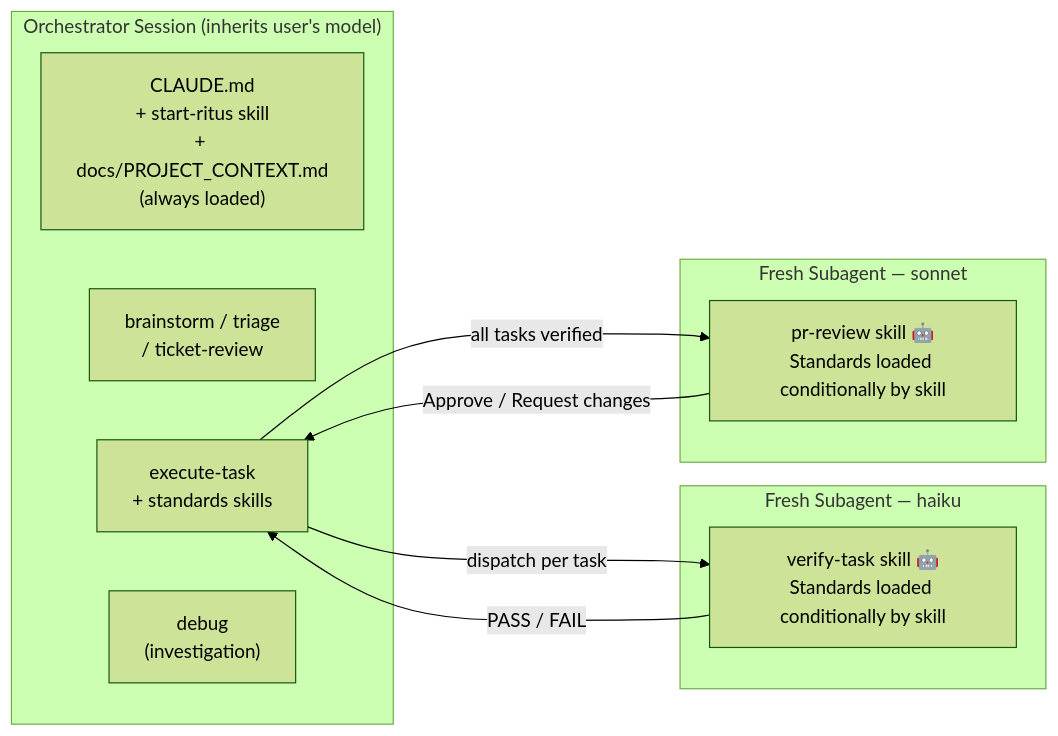
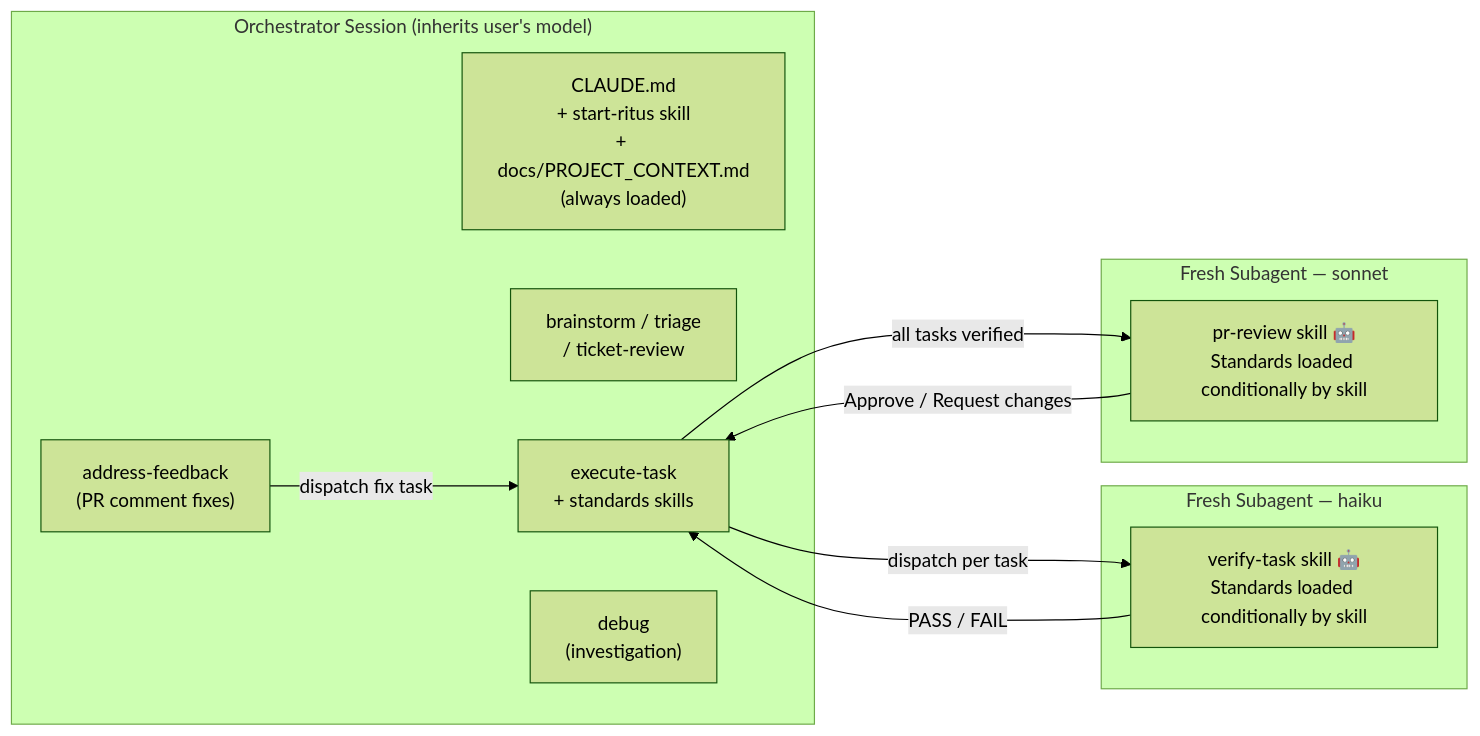
One commit to precise-alloy/ritus changed the fifth of 7 diagrams in docs/WORKFLOW_DIAGRAMS.md. Above: the diagram before and after it, drawn with Mermaid (forest theme). The commit also changed other lines of this file and 15 other files, not shown here.

````diff
--- a/docs/WORKFLOW_DIAGRAMS.md
+++ b/docs/WORKFLOW_DIAGRAMS.md
@@ -159,22 +172,24 @@
 ```mermaid
 flowchart LR
     subgraph "Orchestrator Session (inherits user's model)"
         A["CLAUDE.md\n+ start-ritus skill\n+ docs/PROJECT_CONTEXT.md\n(always loaded)"]
         B["brainstorm / triage\n/ ticket-review"]
         C["execute-task\n+ standards skills"]
         D["debug\n(investigation)"]
+        E["address-feedback\n(PR comment fixes)"]
     end
 
     subgraph "Fresh Subagent — haiku"
         V["verify-task skill 🤖\nStandards loaded conditionally by skill"]
     end
 
     subgraph "Fresh Subagent — sonnet"
         R["pr-review skill 🤖\nStandards loaded conditionally by skill"]
     end
 
     C -- "dispatch per task" --> V
     V -- "PASS / FAIL" --> C
     C -- "all tasks verified" --> R
     R -- "Approve / Request changes" --> C
+    E -- "dispatch fix task" --> C
 ```
````
